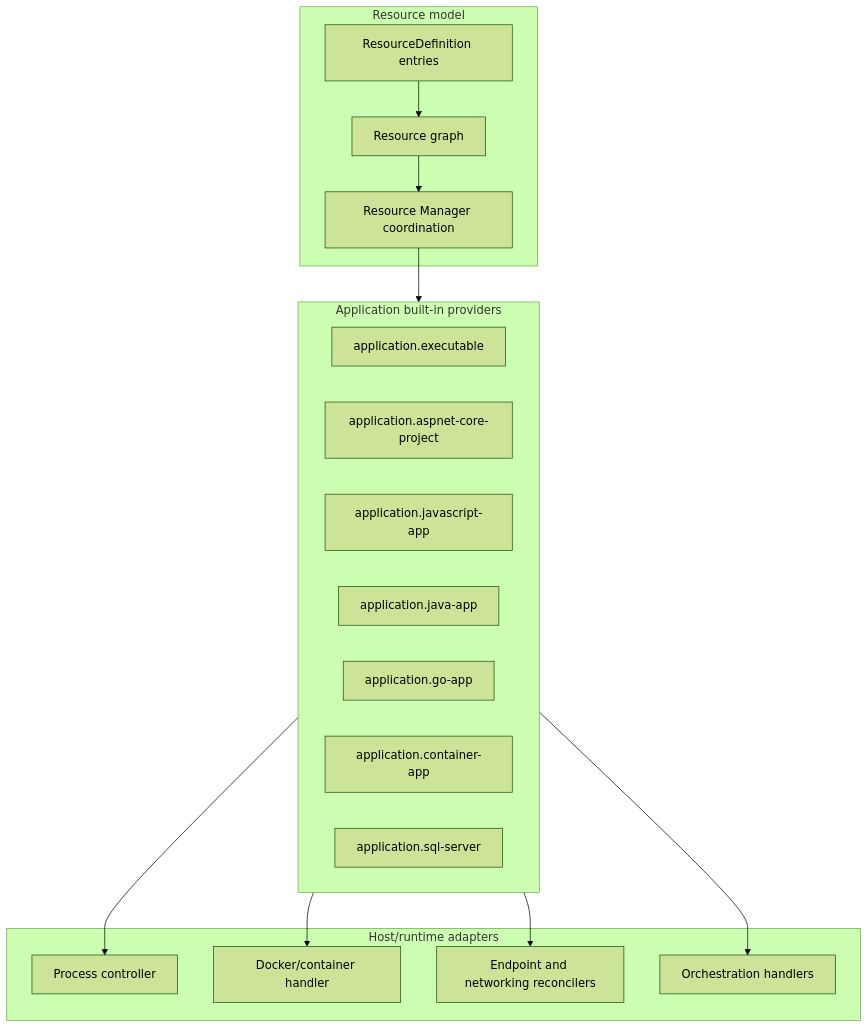
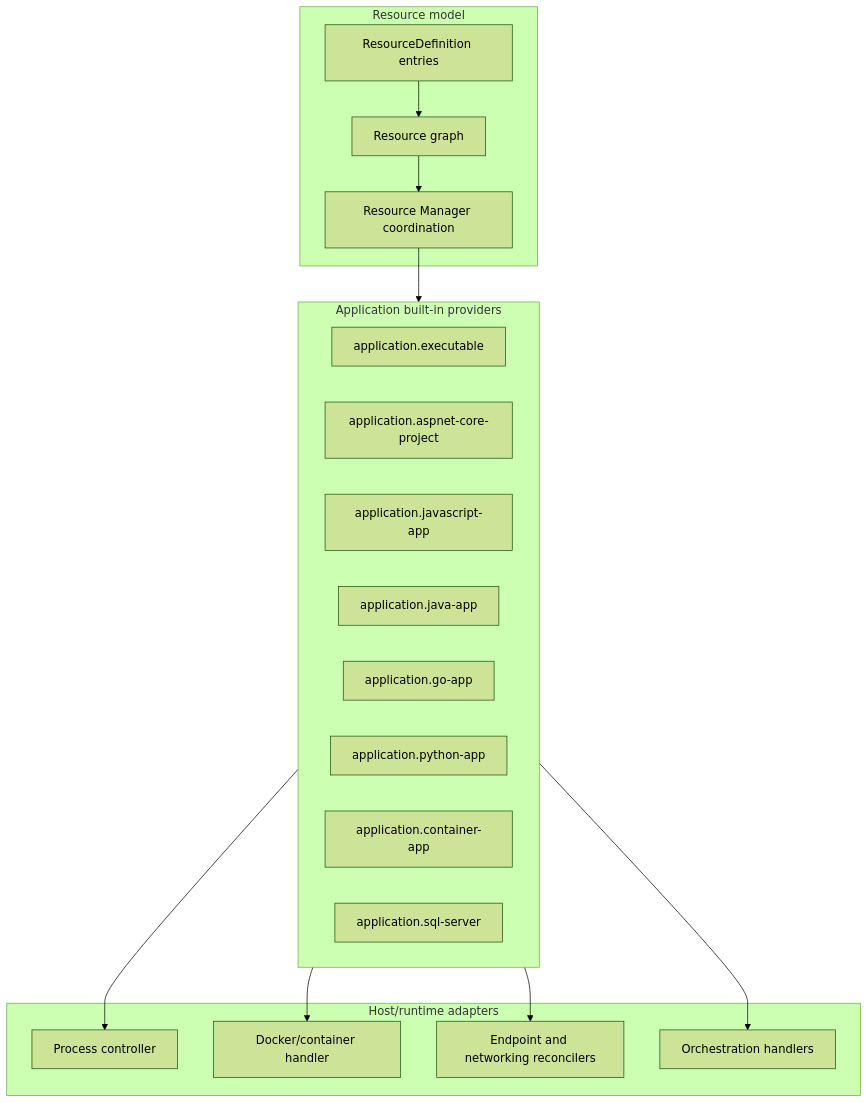
Before and after one commit to marinasundstrom/CloudShell: the diagram in docs/resources/application-resources.md, drawn with Mermaid (forest theme). The commit also changed other lines of this file and 32 other files, not shown here.

Commit message:
Add Python app resource provider

````diff
--- a/docs/resources/application-resources.md
+++ b/docs/resources/application-resources.md
@@ -72,33 +74,34 @@
 ```mermaid
 flowchart TB
     subgraph ResourceModel["Resource model"]
         Definition["ResourceDefinition entries"]
         Graph["Resource graph"]
         ResourceManager["Resource Manager coordination"]
     end
 
     subgraph Providers["Application built-in providers"]
         Executable["application.executable"]
         AspNet["application.aspnet-core-project"]
         JavaScript["application.javascript-app"]
         Java["application.java-app"]
         Go["application.go-app"]
+        Python["application.python-app"]
         Container["application.container-app"]
         SqlServer["application.sql-server"]
     end
 
     subgraph Runtime["Host/runtime adapters"]
         Process["Process controller"]
         Docker["Docker/container handler"]
         Network["Endpoint and networking reconcilers"]
         Orchestrator["Orchestration handlers"]
     end
 
     Definition --> Graph
     Graph --> ResourceManager
     ResourceManager --> Providers
     Providers --> Process
     Providers --> Docker
     Providers --> Network
     Providers --> Orchestrator
 ```
````
